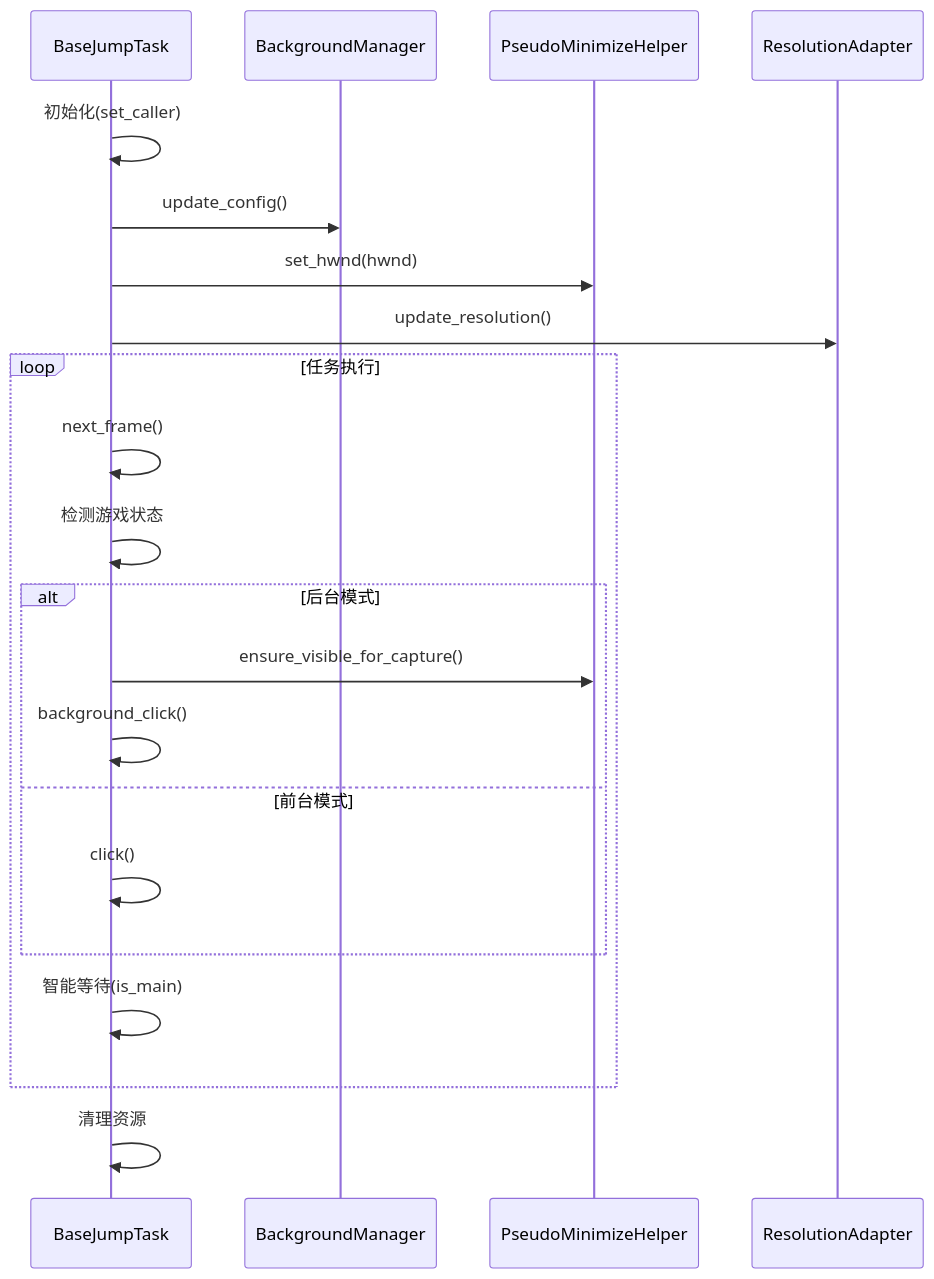
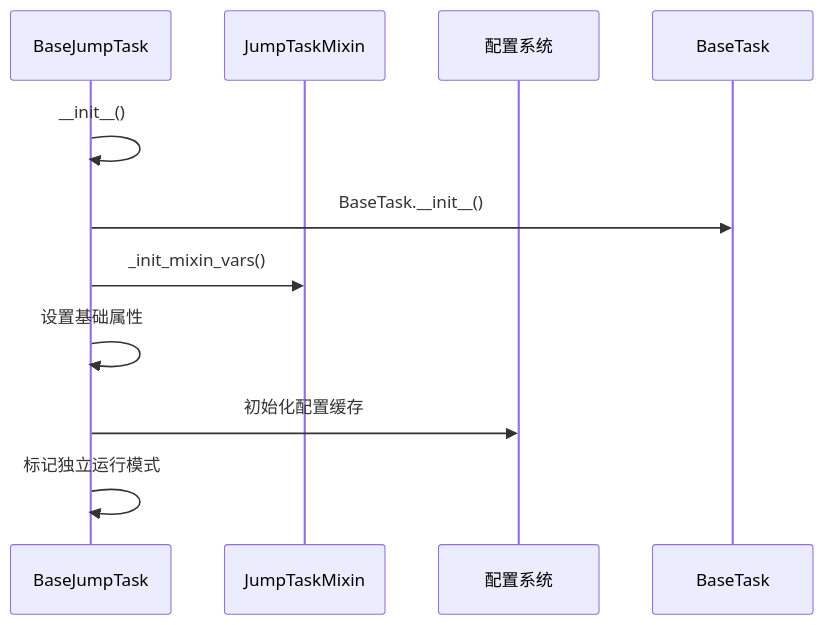
Before and after one commit to xsy098-max/ok-jump: the third of 6 diagrams in .qoder/repowiki/zh/content/任务系统/任务基类设计.md, drawn with Mermaid. The commit also changed other lines of this file and 216 other files, not shown here.

````diff
--- a/.qoder/repowiki/zh/content/任务系统/任务基类设计.md
+++ b/.qoder/repowiki/zh/content/任务系统/任务基类设计.md
@@ -178,23 +199,12 @@
 ```mermaid
 sequenceDiagram
 participant Task as BaseJumpTask
-participant Manager as BackgroundManager
-participant Helper as PseudoMinimizeHelper
-participant Adapter as ResolutionAdapter
-Task->>Task : 初始化(set_caller)
-Task->>Manager : update_config()
-Task->>Helper : set_hwnd(hwnd)
-Task->>Adapter : update_resolution()
-loop 任务执行
-Task->>Task : next_frame()
-Task->>Task : 检测游戏状态
-alt 后台模式
-Task->>Helper : ensure_visible_for_capture()
-Task->>Task : background_click()
-else 前台模式
-Task->>Task : click()
-end
-Task->>Task : 智能等待(is_main)
-end
-Task->>Task : 清理资源
+participant Mixin as JumpTaskMixin
+participant Config as 配置系统
+Task->>Task : __init__()
+Task->>BaseTask : BaseTask.__init__()
+Task->>Mixin : _init_mixin_vars()
+Task->>Task : 设置基础属性
+Task->>Config : 初始化配置缓存
+Task->>Task : 标记独立运行模式
 ```
````
